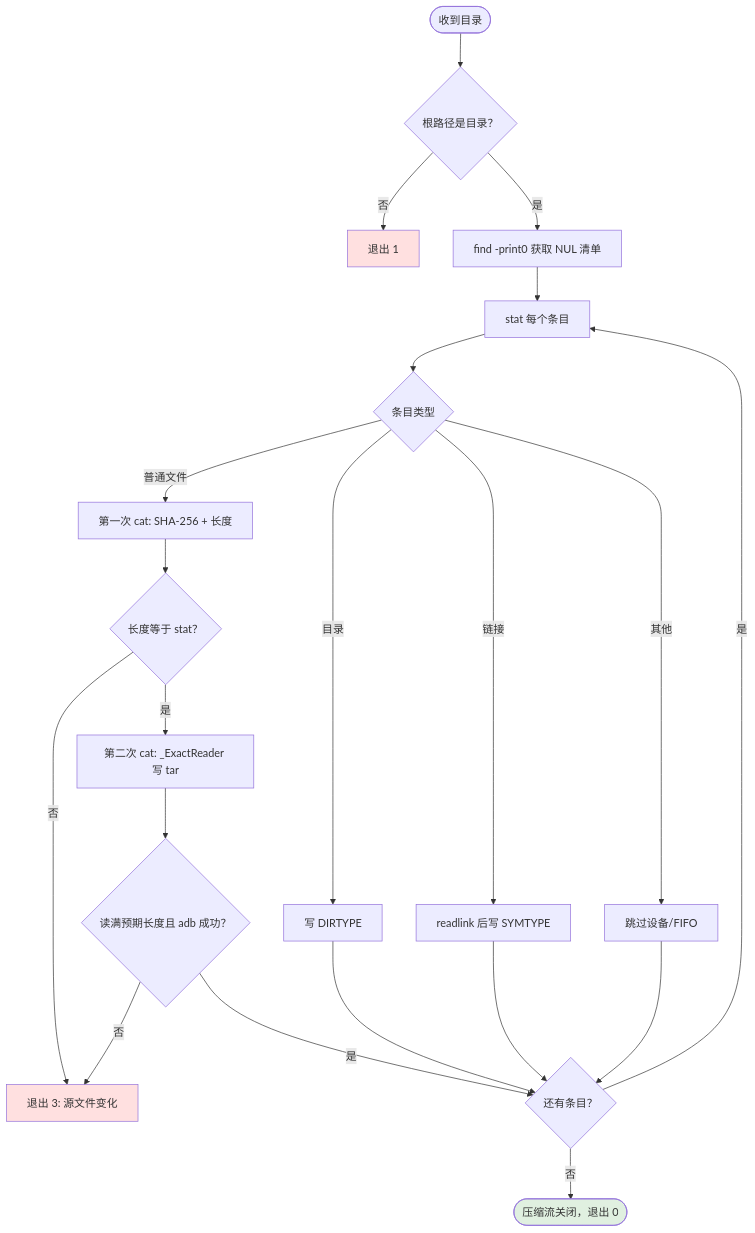
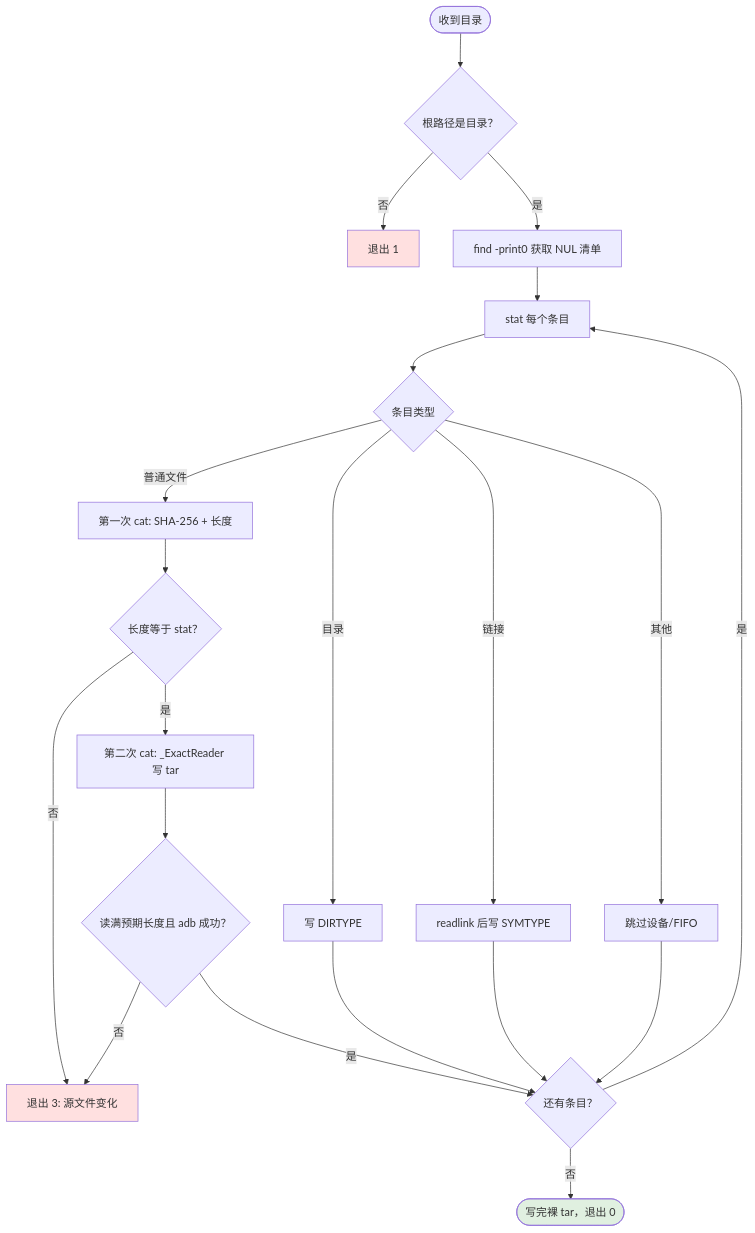
Before and after one commit to What410802/AndBackup: the second of 2 diagrams in docs/flow.md, drawn with Mermaid. The commit also changed other lines of this file and 12 other files, not shown here.

````diff
--- a/docs/flow.md
+++ b/docs/flow.md
@@ -53,27 +85,27 @@
 ```mermaid
 flowchart TD
     START([收到目录]) --> ROOT{"根路径是目录？"}
     ROOT -- 否 --> E1[退出 1]
     ROOT -- 是 --> LIST[find -print0 获取 NUL 清单]
     LIST --> META[stat 每个条目]
     META --> TYPE{"条目类型"}
     TYPE -- 目录 --> DIR[写 DIRTYPE]
     TYPE -- 链接 --> LINK[readlink 后写 SYMTYPE]
     TYPE -- 普通文件 --> HASH[第一次 cat: SHA-256 + 长度]
     TYPE -- 其他 --> SKIP[跳过设备/FIFO]
     HASH --> SAME{"长度等于 stat？"}
     SAME -- 否 --> E3[退出 3: 源文件变化]
     SAME -- 是 --> WRITE[第二次 cat: _ExactReader 写 tar]
     WRITE --> FULL{"读满预期长度且 adb 成功？"}
     FULL -- 否 --> E3
     FULL -- 是 --> NEXT{还有条目？}
     DIR --> NEXT
     LINK --> NEXT
     SKIP --> NEXT
     NEXT -- 是 --> META
-    NEXT -- 否 --> END([压缩流关闭，退出 0])
+    NEXT -- 否 --> END([写完裸 tar，退出 0])
 
     style E1 fill:#ffe0e0
     style E3 fill:#ffe0e0
     style END fill:#e0f0e0
 ```
````
